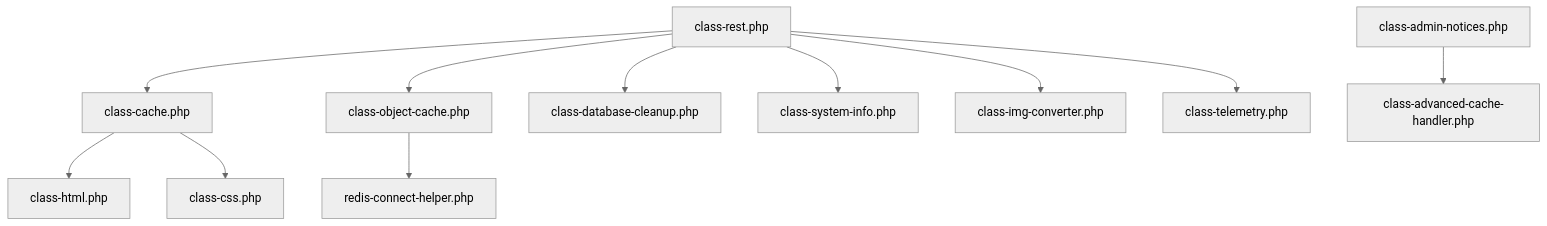
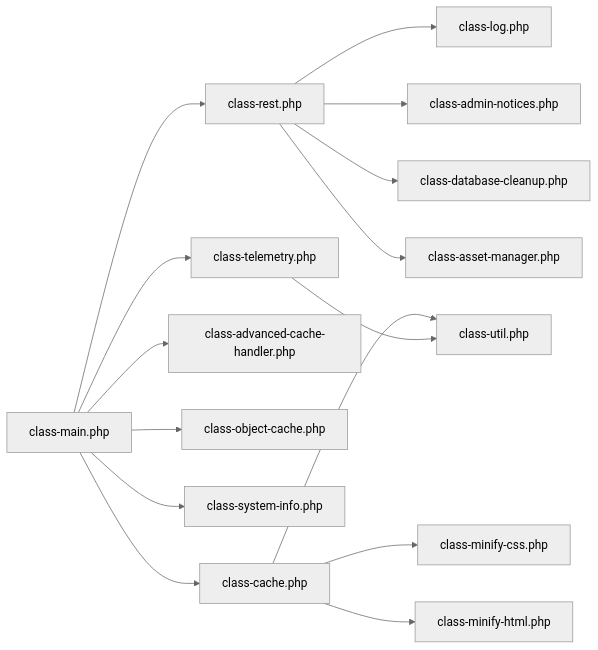
The tenth of 10 diagrams in .qoder/repowiki/en/content/Troubleshooting & Support.md (nilesh32236/performance-optimisation), drawn with Mermaid (neutral theme) before and after one commit. The commit also changed other lines of this file and 46 other files, not shown here.

````diff
--- a/.qoder/repowiki/en/content/Troubleshooting & Support.md
+++ b/.qoder/repowiki/en/content/Troubleshooting & Support.md
@@ -499,13 +346,17 @@
 ```mermaid
-graph TB
-REST["class-rest.php"] --> Cache["class-cache.php"]
-REST --> Obj["class-object-cache.php"]
+graph LR
+Main["class-main.php"] --> REST["class-rest.php"]
+Main --> Cache["class-cache.php"]
+Main --> Adv["class-advanced-cache-handler.php"]
+Main --> Obj["class-object-cache.php"]
+Main --> Sys["class-system-info.php"]
+Main --> Tel["class-telemetry.php"]
+REST --> Log["class-log.php"]
+REST --> Admin["class-admin-notices.php"]
 REST --> DB["class-database-cleanup.php"]
-REST --> Sys["class-system-info.php"]
-REST --> Img["class-img-converter.php"]
-REST --> Tel["class-telemetry.php"]
-Cache --> HTMLMin["class-html.php"]
-Cache --> CSSMin["class-css.php"]
-Obj --> Conn["redis-connect-helper.php"]
-Admin["class-admin-notices.php"] --> ACH["class-advanced-cache-handler.php"]
+REST --> AM["class-asset-manager.php"]
+Cache --> Util["class-util.php"]
+Tel --> Util
+Cache --> MinCSS["class-minify-css.php"]
+Cache --> MinHTML["class-minify-html.php"]
 ```
````
